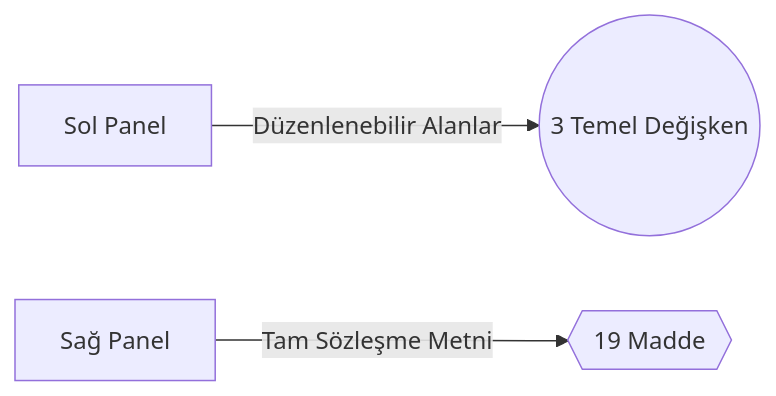
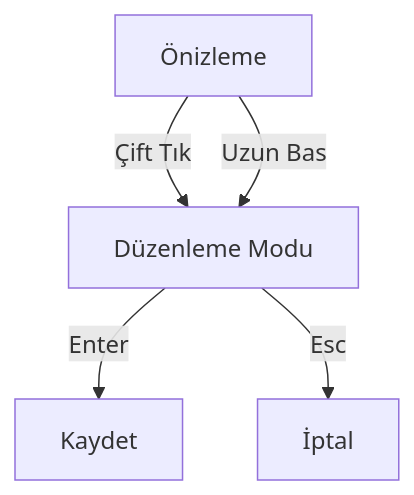
The diagram in docs/PROJECT_DOCUMENTATION.md (gorkemu/contract-generator), drawn with Mermaid before and after one commit. The commit also changed other lines of this file, not shown here.

````diff
--- a/docs/PROJECT_DOCUMENTATION.md
+++ b/docs/PROJECT_DOCUMENTATION.md
@@ -23,5 +15,7 @@
 ```mermaid
-graph LR
-A[Sol Panel] -->|Düzenlenebilir Alanlar| B((3 Temel Değişken))
-C[Sağ Panel] -->|Tam Sözleşme Metni| D{{19 Madde}}
+graph TB
+A[Önizleme] -->|Çift Tık| B[Düzenleme Modu]
+A -->|Uzun Bas| B
+B -->|Enter| C[Kaydet]
+B -->|Esc| D[İptal]
 ```
````
